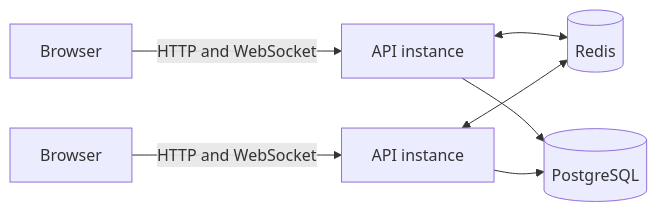
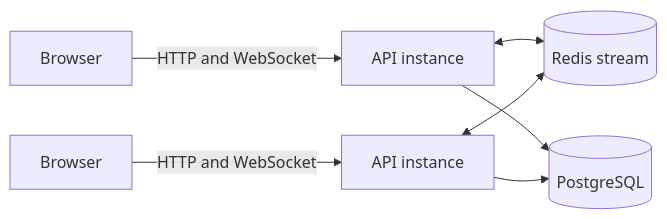
Before and after one commit to sushildalavi/SyncSpace: the diagram in README.md, drawn with Mermaid. The commit also changed other lines of this file and 6 other files, not shown here.

````diff
--- a/README.md
+++ b/README.md
@@ -73,9 +26,9 @@
 ```mermaid
 flowchart LR
-  B[Browser] -- HTTP and WebSocket --> A1[API instance]
+  B1[Browser] -- HTTP and WebSocket --> A1[API instance]
   B2[Browser] -- HTTP and WebSocket --> A2[API instance]
-  A1 <--> R[(Redis)]
+  A1 <--> R[(Redis stream)]
   A2 <--> R
   A1 --> P[(PostgreSQL)]
   A2 --> P
 ```
````
